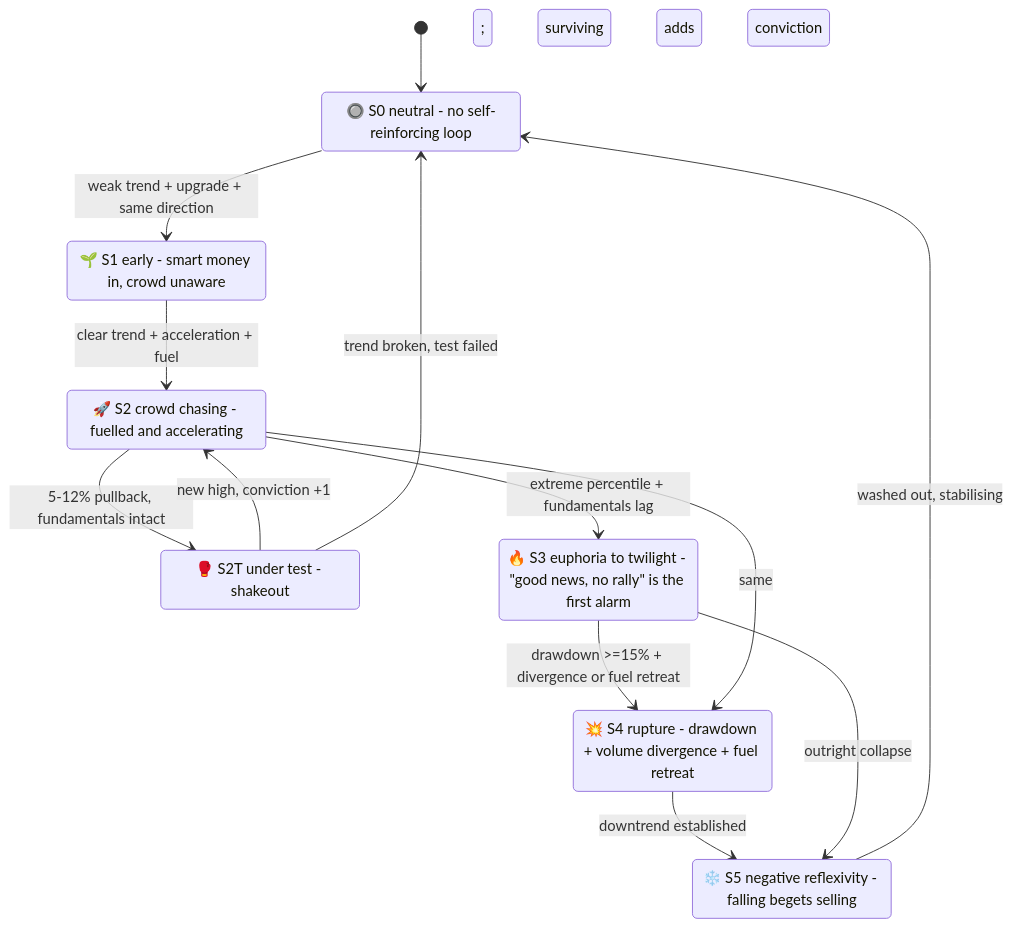
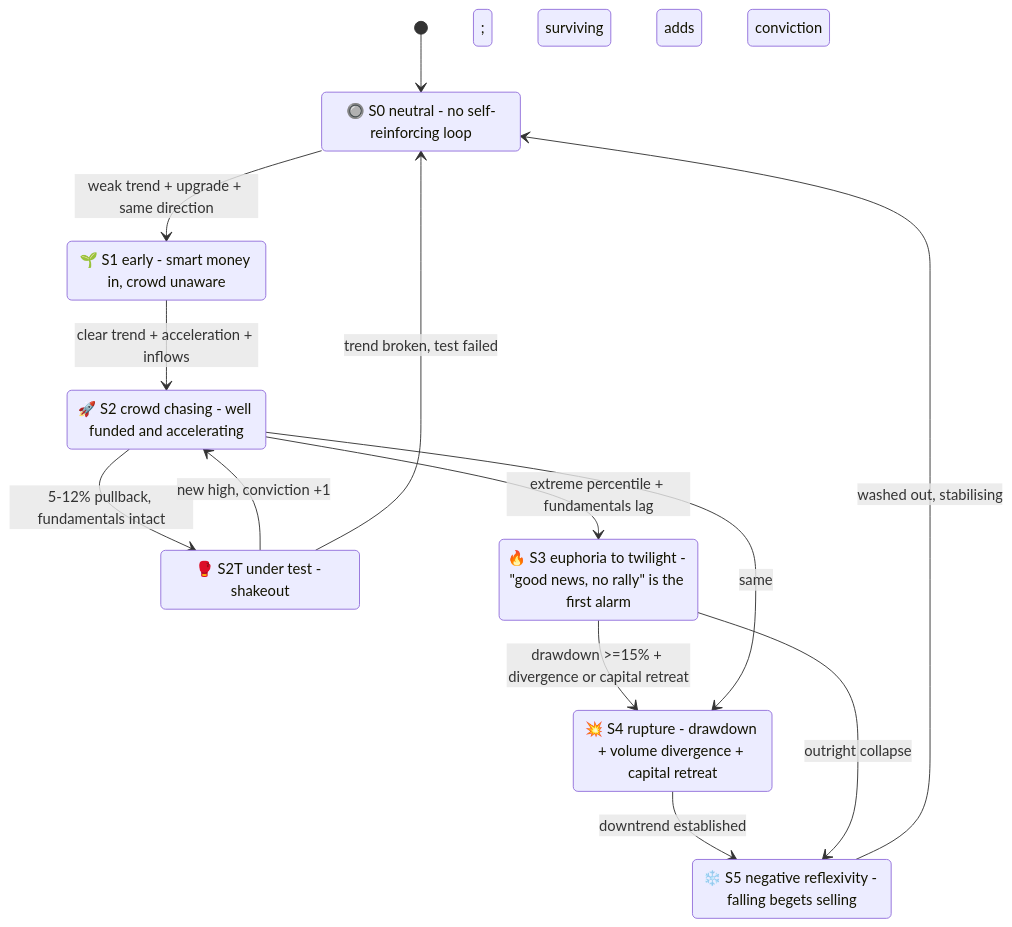
The second of 2 diagrams in README.en.md (quantskills/skill-soros-reflexivity-detector), drawn with Mermaid before and after one commit. The commit also changed other lines of this file and 4 other files, not shown here.

````diff
--- a/README.en.md
+++ b/README.en.md
@@ -70,24 +70,24 @@
 ```mermaid
 stateDiagram-v2
     [*] --> S0
 
     S0: 🔘 S0 neutral - no self-reinforcing loop
     S1: 🌱 S1 early - smart money in, crowd unaware
-    S2: 🚀 S2 crowd chasing - fuelled and accelerating
+    S2: 🚀 S2 crowd chasing - well funded and accelerating
     S2T: 🥊 S2T under test - shakeout; surviving adds conviction
     S3: 🔥 S3 euphoria to twilight - "good news, no rally" is the first alarm
-    S4: 💥 S4 rupture - drawdown + volume divergence + fuel retreat
+    S4: 💥 S4 rupture - drawdown + volume divergence + capital retreat
     S5: ❄️ S5 negative reflexivity - falling begets selling
 
     S0 --> S1: weak trend + upgrade + same direction
-    S1 --> S2: clear trend + acceleration + fuel
+    S1 --> S2: clear trend + acceleration + inflows
     S2 --> S2T: 5-12% pullback, fundamentals intact
     S2T --> S2: new high, conviction +1
     S2T --> S0: trend broken, test failed
     S2 --> S3: extreme percentile + fundamentals lag
-    S3 --> S4: drawdown >=15% + divergence or fuel retreat
+    S3 --> S4: drawdown >=15% + divergence or capital retreat
     S2 --> S4: same
     S4 --> S5: downtrend established
     S3 --> S5: outright collapse
     S5 --> S0: washed out, stabilising
 ```
````
